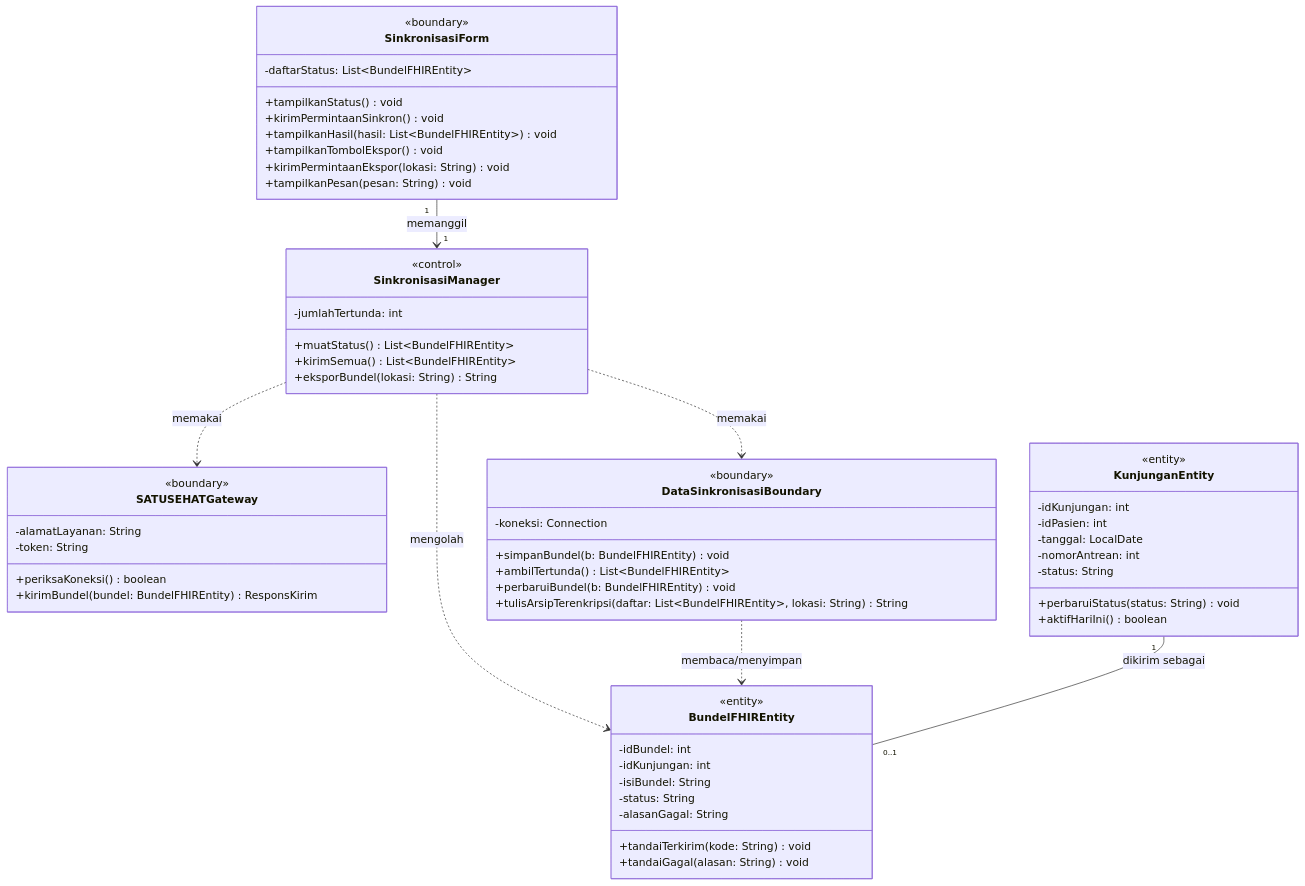
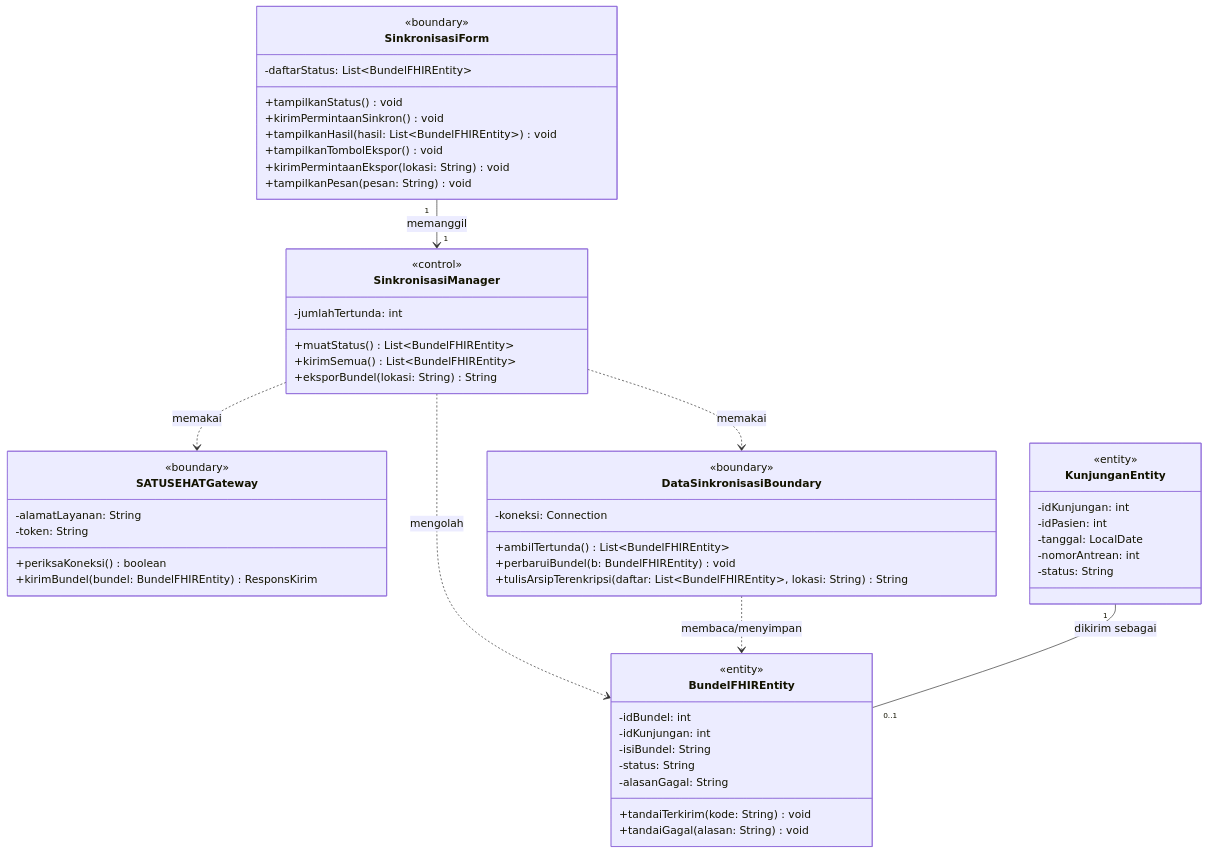
The diagram in docs/M7/assets/diagram/src/diagram-kelas-uc11.mmd (angseleong/IF2150-RPL-K02-G09), drawn with Mermaid before and after one commit. The commit also changed 54 other files, not shown here.

Commit message:
docs(m7): gambar ulang sequence UC07-UC12 dengan notasi BCE dan pangkas diagram kelas

```diff
--- a/docs/M7/assets/diagram/src/diagram-kelas-uc11.mmd
+++ b/docs/M7/assets/diagram/src/diagram-kelas-uc11.mmd
@@ -1,60 +1,57 @@
 classDiagram
   direction TB
   class SinkronisasiForm {
     <<boundary>>
     -daftarStatus: List~BundelFHIREntity~
     +tampilkanStatus() void
     +kirimPermintaanSinkron() void
     +tampilkanHasil(hasil: List~BundelFHIREntity~) void
     +tampilkanTombolEkspor() void
     +kirimPermintaanEkspor(lokasi: String) void
     +tampilkanPesan(pesan: String) void
   }
   class SinkronisasiManager {
     <<control>>
     -jumlahTertunda: int
     +muatStatus() List~BundelFHIREntity~
     +kirimSemua() List~BundelFHIREntity~
     +eksporBundel(lokasi: String) String
   }
   class SATUSEHATGateway {
     <<boundary>>
     -alamatLayanan: String
     -token: String
     +periksaKoneksi() boolean
     +kirimBundel(bundel: BundelFHIREntity) ResponsKirim
   }
   class DataSinkronisasiBoundary {
     <<boundary>>
     -koneksi: Connection
-    +simpanBundel(b: BundelFHIREntity) void
     +ambilTertunda() List~BundelFHIREntity~
     +perbaruiBundel(b: BundelFHIREntity) void
     +tulisArsipTerenkripsi(daftar: List~BundelFHIREntity~, lokasi: String) String
   }
   class KunjunganEntity {
     <<entity>>
     -idKunjungan: int
     -idPasien: int
     -tanggal: LocalDate
     -nomorAntrean: int
     -status: String
-    +perbaruiStatus(status: String) void
-    +aktifHariIni() boolean
   }
   class BundelFHIREntity {
     <<entity>>
     -idBundel: int
     -idKunjungan: int
     -isiBundel: String
     -status: String
     -alasanGagal: String
     +tandaiTerkirim(kode: String) void
     +tandaiGagal(alasan: String) void
   }
   SinkronisasiForm "1" --> "1" SinkronisasiManager : memanggil
   SinkronisasiManager ..> BundelFHIREntity : mengolah
   SinkronisasiManager ..> DataSinkronisasiBoundary : memakai
   SinkronisasiManager ..> SATUSEHATGateway : memakai
   DataSinkronisasiBoundary ..> BundelFHIREntity : membaca/menyimpan
   KunjunganEntity "1" -- "0..1" BundelFHIREntity : dikirim sebagai
```
